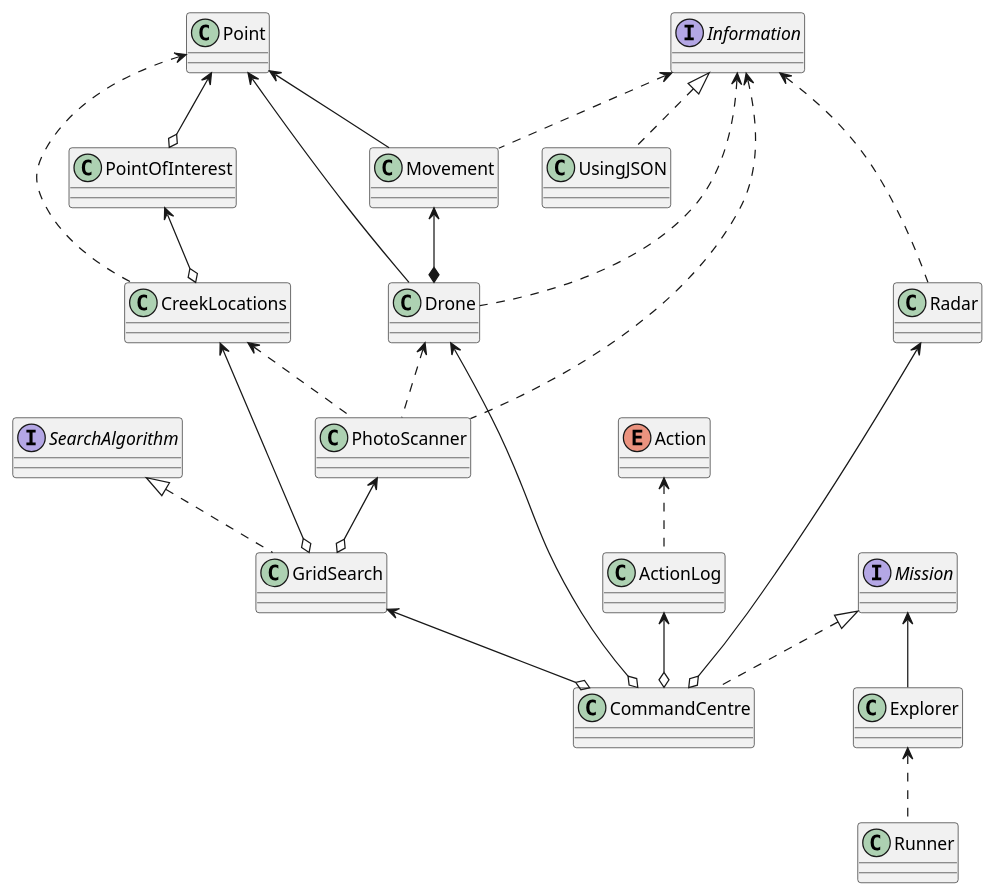
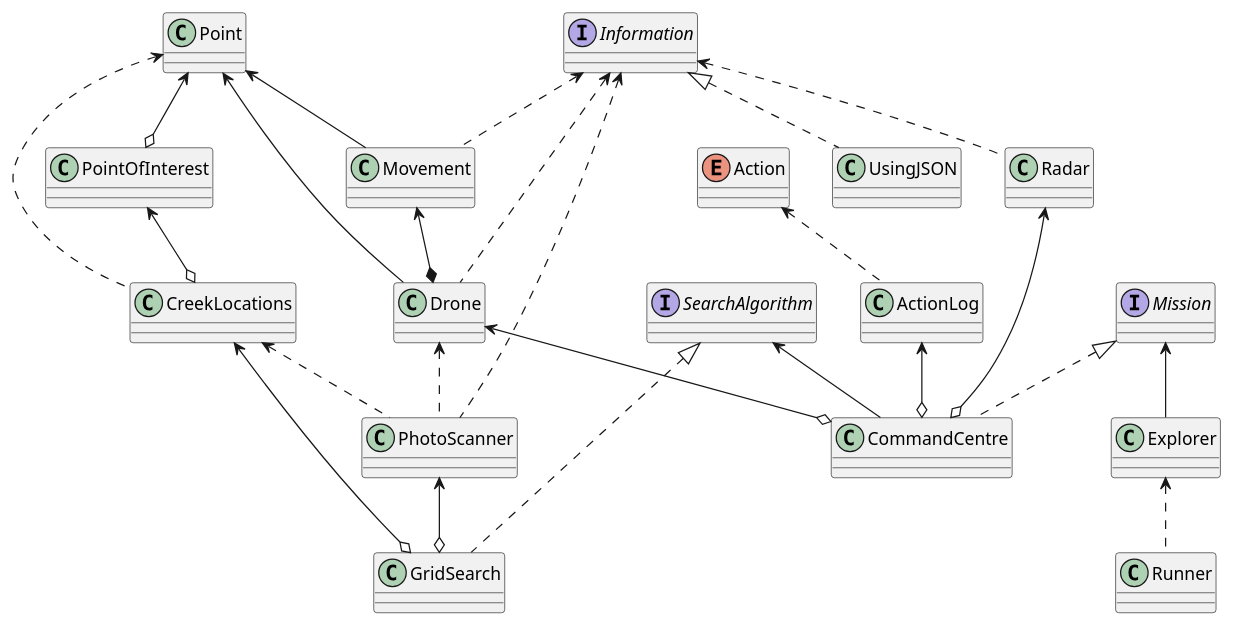
The diagram in UMLs/highlevel.puml (2AA4-W24/a2-rescue-mission-team-205), drawn with PlantUML before and after one commit. The commit also changed 1 other file, not shown here.

Commit message:
updated high level UML to fix relationships

```diff
--- a/UMLs/highlevel.puml
+++ b/UMLs/highlevel.puml
@@ -1,59 +1,59 @@
 @startuml
 
 interface Information
 Information <|.. UsingJSON
 
 interface SearchAlgorithm
 SearchAlgorithm <|.. GridSearch
 
 interface Mission
 Mission <|.. CommandCentre
 
 class GridSearch
 CreekLocations <--o GridSearch
 PhotoScanner <--o GridSearch
 
 class CommandCentre
 Radar <--o CommandCentre
 ActionLog <--o CommandCentre
 Drone <--o CommandCentre
-GridSearch <--o CommandCentre
+SearchAlgorithm <-- CommandCentre
 
 enum Action
 
 class ActionLog
 Action <.. ActionLog
 
 class Drone
 Movement <--* Drone
 Point <-- Drone
 Information <.. Drone
 
 class Explorer
 Mission <-- Explorer
 
 class Movement
 Point <-- Movement
 Information <.. Movement
 
 class PhotoScanner
 Drone <.. PhotoScanner
 CreekLocations <.. PhotoScanner
 Information <.. PhotoScanner
 
 class Point
 
 class PointOfInterest
 Point <--o PointOfInterest
 
 class Radar
 Information <.. Radar
 
 class Runner
 Explorer <.. Runner
 
 class CreekLocations
 Point <.. CreekLocations
 PointOfInterest <--o CreekLocations
 
 @enduml
```
